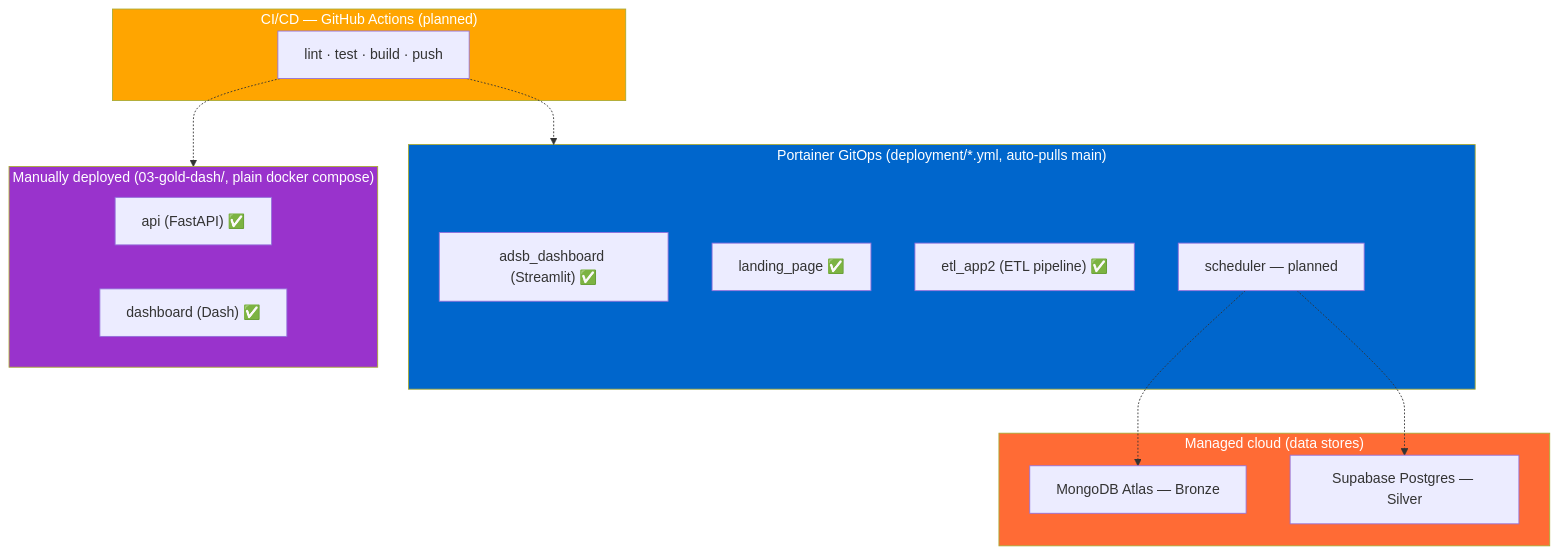
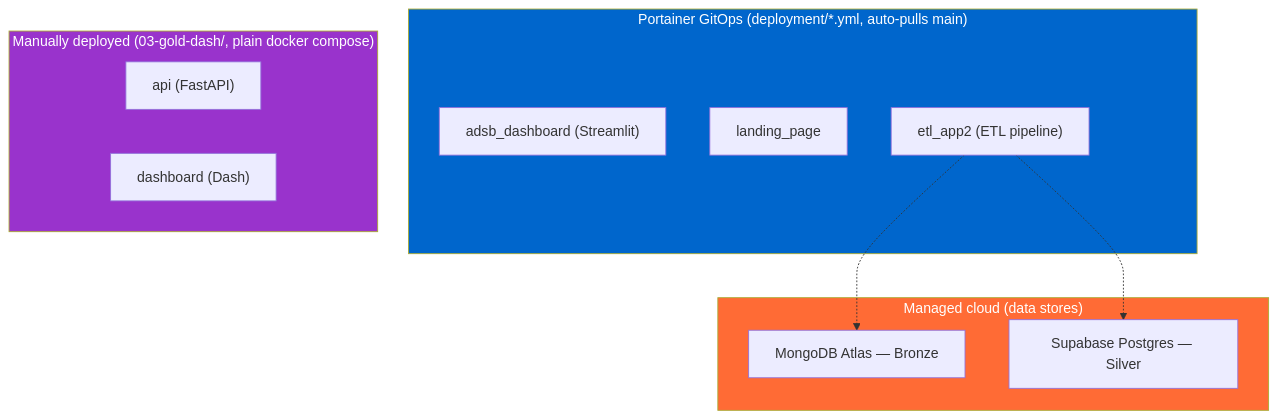
Before and after one commit to MatthiasSails/airline-data-platform: the fourth of 6 diagrams in docs/architecture/README.md, drawn with Mermaid. The commit also changed other lines of this file, not shown here.

First line of the commit message:
docs(architecture): strip remaining planned/target content

````diff
--- a/docs/architecture/README.md
+++ b/docs/architecture/README.md
@@ -130,30 +111,23 @@
 ```mermaid
 graph TB
     subgraph MANAGED["Managed cloud (data stores)"]
         M1["MongoDB Atlas — Bronze"]
         M2["Supabase Postgres — Silver"]
     end
     subgraph GITOPS["Portainer GitOps (deployment/*.yml, auto-pulls main)"]
-        D1["adsb_dashboard (Streamlit) ✅"]
-        D2["landing_page ✅"]
-        D3["etl_app2 (ETL pipeline) ✅"]
-        D6["scheduler — planned"]
+        D1["adsb_dashboard (Streamlit)"]
+        D2["landing_page"]
+        D3["etl_app2 (ETL pipeline)"]
     end
     subgraph MANUAL["Manually deployed (03-gold-dash/, plain docker compose)"]
-        D4["api (FastAPI) ✅"]
-        D5["dashboard (Dash) ✅"]
-    end
-    subgraph CICD["CI/CD — GitHub Actions (planned)"]
-        CI["lint · test · build · push"]
+        D4["api (FastAPI)"]
+        D5["dashboard (Dash)"]
     end
 
-    D6 -.-> M1
-    D6 -.-> M2
-    CI -.-> GITOPS
-    CI -.-> MANUAL
+    D3 -.-> M1
+    D3 -.-> M2
 
     style MANAGED fill:#FF6B35,color:#fff
     style GITOPS fill:#0066CC,color:#fff
     style MANUAL fill:#9933CC,color:#fff
-    style CICD fill:#FFA500,color:#fff
 ```
````
